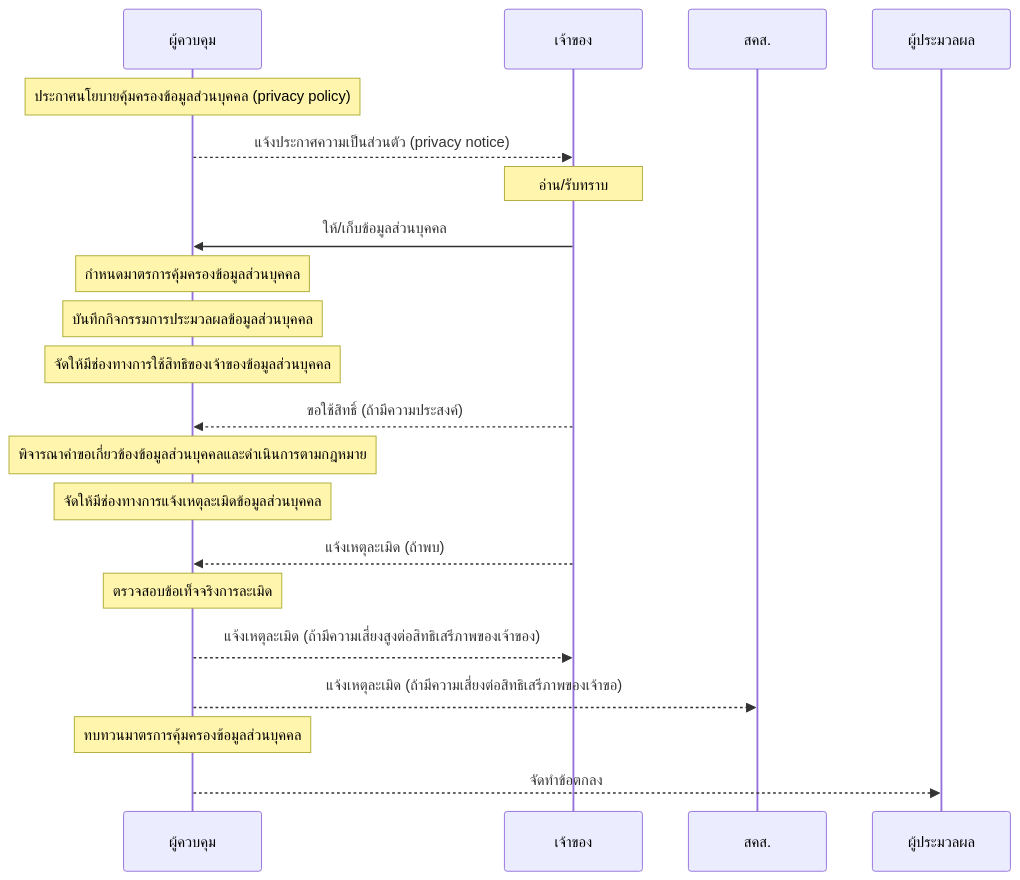
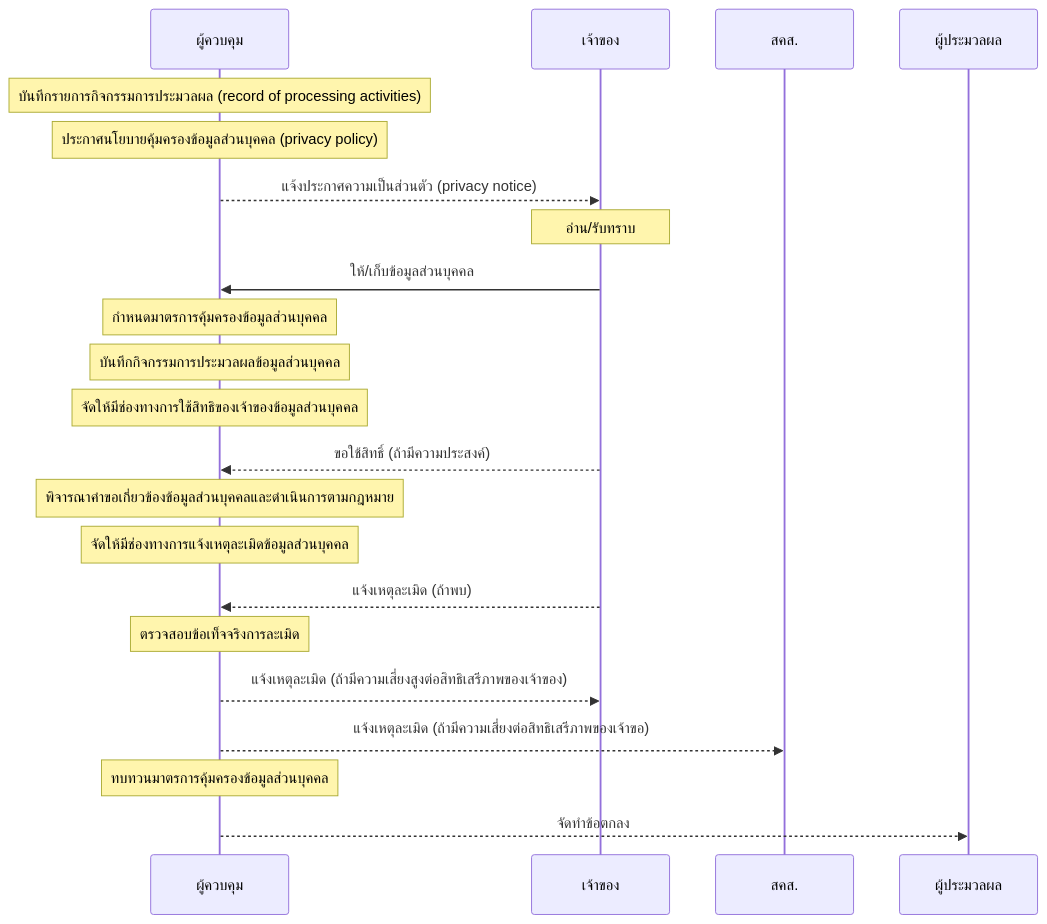
One commit to Kietpawpan/pdpa changed the first of 3 diagrams in README.md. Above: the diagram before and after it, drawn with Mermaid.

````diff
--- a/README.md
+++ b/README.md
@@ -4,19 +4,20 @@
 ```mermaid
 sequenceDiagram
+	Note over ผู้ควบคุม: บันทึกรายการกิจกรรมการประมวลผล (record of processing activities)
 	Note over ผู้ควบคุม: ประกาศนโยบายคุ้มครองข้อมูลส่วนบุคคล (privacy policy)
 	ผู้ควบคุม-->>เจ้าของ: แจ้งประกาศความเป็นส่วนตัว (privacy notice)
 	Note over เจ้าของ: อ่าน/รับทราบ
 	เจ้าของ->>ผู้ควบคุม:ให้/เก็บข้อมูลส่วนบุคคล
 	Note over ผู้ควบคุม: กำหนดมาตรการคุ้มครองข้อมูลส่วนบุคคล
 	Note over ผู้ควบคุม: บันทึกกิจกรรมการประมวลผลข้อมูลส่วนบุคคล
 	Note over ผู้ควบคุม: จัดให้มีช่องทางการใช้สิทธิของเจ้าของข้อมูลส่วนบุคคล
 	เจ้าของ-->>ผู้ควบคุม:ขอใช้สิทธิ์ (ถ้ามีความประสงค์)
 	Note over ผู้ควบคุม: พิจารณาคำขอเกี่ยวข้องข้อมูลส่วนบุคคลและดำเนินการตามกฎหมาย
 	Note over ผู้ควบคุม: จัดให้มีช่องทางการแจ้งเหตุละเมิดข้อมูลส่วนบุคคล
 	เจ้าของ-->>ผู้ควบคุม:แจ้งเหตุละเมิด (ถ้าพบ)
 	Note over ผู้ควบคุม: ตรวจสอบข้อเท็จจริงการละเมิด
 	ผู้ควบคุม-->>เจ้าของ: แจ้งเหตุละเมิด (ถ้ามีความเสี่ยงสูงต่อสิทธิเสรีภาพของเจ้าของ)
 	ผู้ควบคุม-->>สคส.: แจ้งเหตุละเมิด (ถ้ามีความเสี่ยงต่อสิทธิเสรีภาพของเจ้าขอ)
 	Note over ผู้ควบคุม: ทบทวนมาตรการคุ้มครองข้อมูลส่วนบุคคล
 	ผู้ควบคุม-->>ผู้ประมวลผล: จัดทำข้อตกลง
 ```
````
